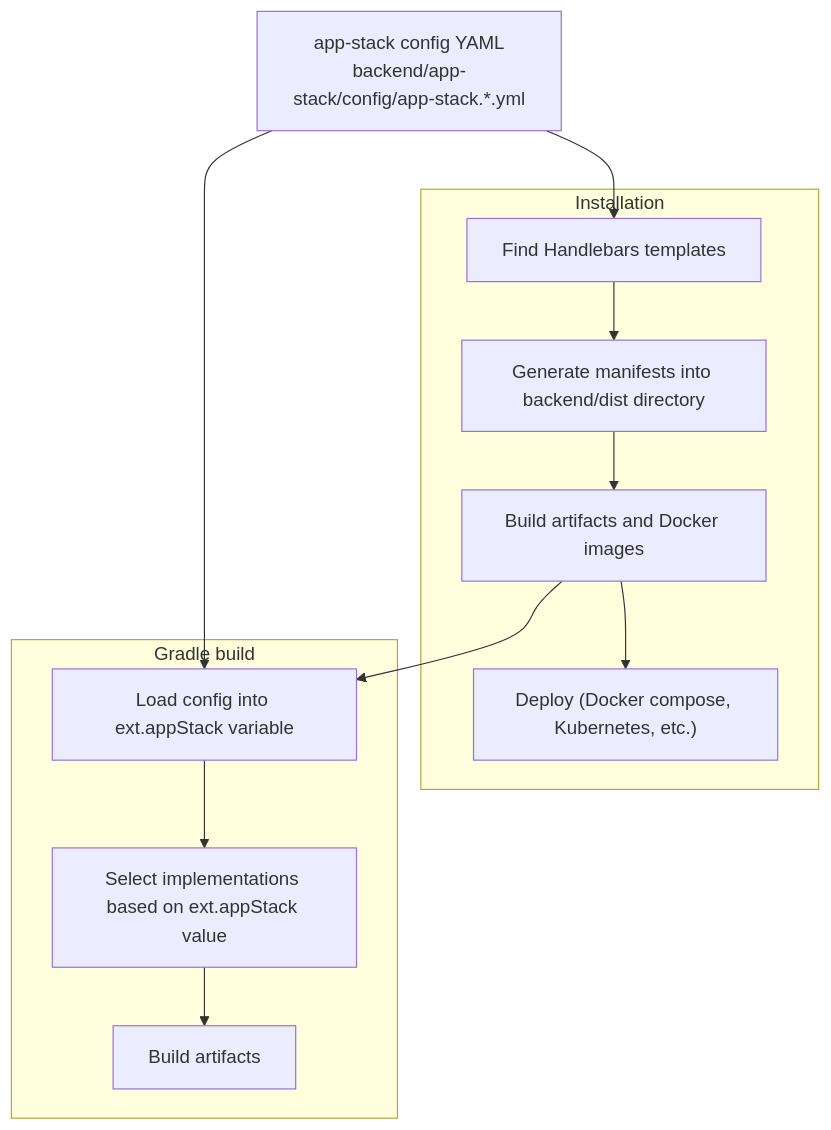
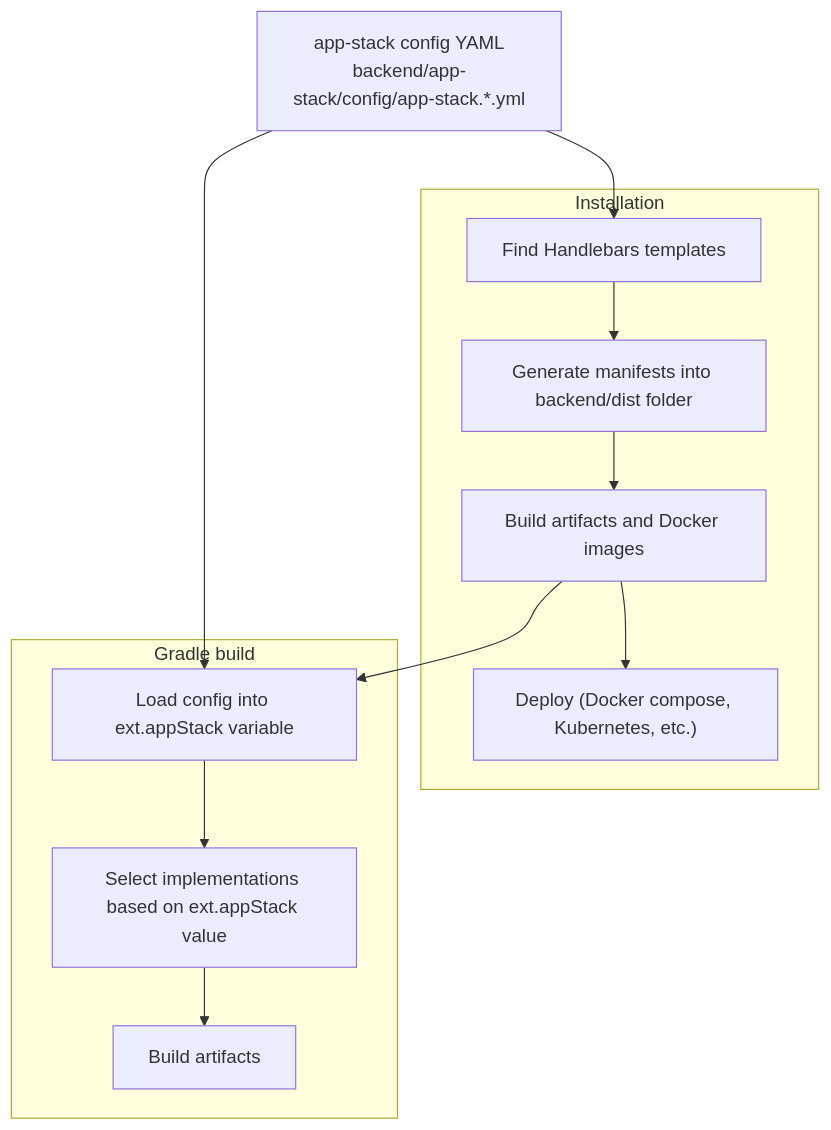
Before and after one commit to atlashk/atlas: the second of 3 diagrams in README.md, drawn with Mermaid. The commit also changed other lines of this file, not shown here.

````diff
--- a/README.md
+++ b/README.md
@@ -274,28 +307,28 @@
 ```mermaid
 flowchart TB
   CFG["app-stack config YAML<br/>backend/app-stack/config/app-stack.*.yml"]
 
   subgraph Installation["Installation"]
     INST_TPL["Find Handlebars templates"]
-    INST_GEN["Generate manifests into backend/dist directory"]
+    INST_GEN["Generate manifests into backend/dist folder"]
     INST_BUILD["Build artifacts and Docker images"]
     INST_DEPLOY["Deploy (Docker compose, Kubernetes, etc.)"]
 
     INST_TPL --> INST_GEN
     INST_GEN --> INST_BUILD
     INST_BUILD --> INST_DEPLOY
   end
 
   subgraph Build["Gradle build"]
     GRADLE["Load config into ext.appStack variable"]
     SELECT["Select implementations based on ext.appStack value"]
     ARTIFACTS["Build artifacts"]
 
     GRADLE --> SELECT
     SELECT --> ARTIFACTS
   end
 
   CFG --> GRADLE
   CFG --> INST_TPL
   INST_BUILD --> GRADLE
 ```
````
